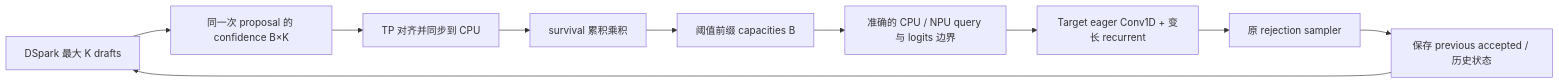
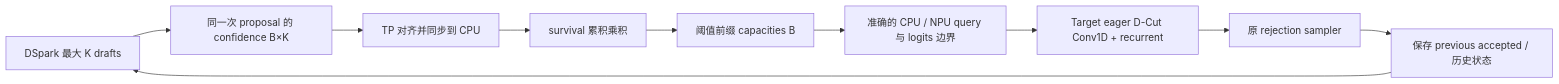
The diagram in docs/adaptive_verify/eager_survival.md (ChunnX/vllm-ascend), drawn with Mermaid before and after one commit. The commit also changed other lines of this file and 23 other files, not shown here.

````diff
--- a/docs/adaptive_verify/eager_survival.md
+++ b/docs/adaptive_verify/eager_survival.md
@@ -50,12 +50,12 @@
 ```mermaid
 flowchart LR
     D[DSpark 最大 K drafts] --> C[同一次 proposal 的 confidence B×K]
     C --> T[TP 对齐并同步到 CPU]
     T --> S[survival 累积乘积]
     S --> B[阈值前缀 capacities B]
     B --> L[准确的 CPU / NPU query 与 logits 边界]
-    L --> V[Target eager Conv1D + 变长 recurrent]
+    L --> V[Target eager D-Cut Conv1D + recurrent]
     V --> R[原 rejection sampler]
     R --> H[保存 previous accepted / 历史状态]
     H --> D
 ```
````
